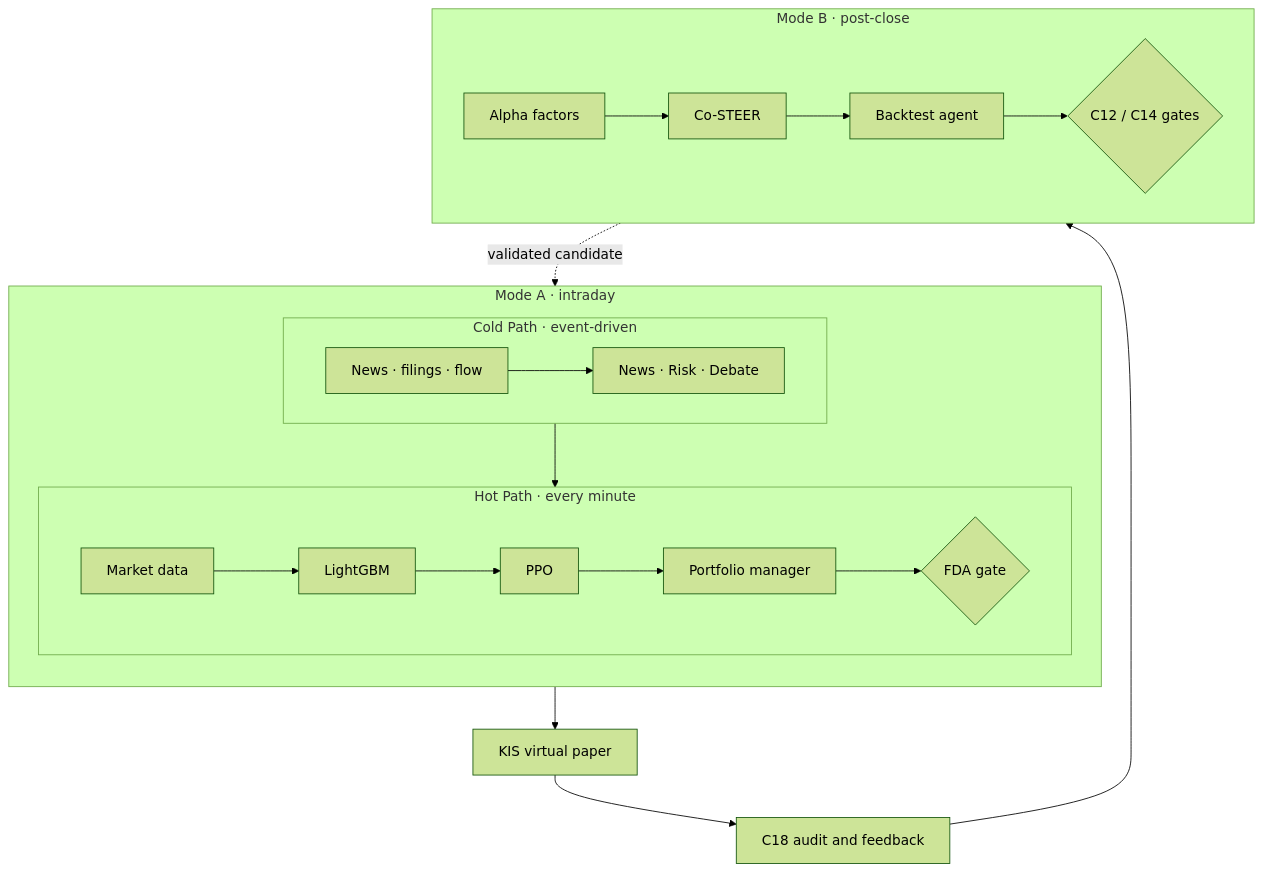
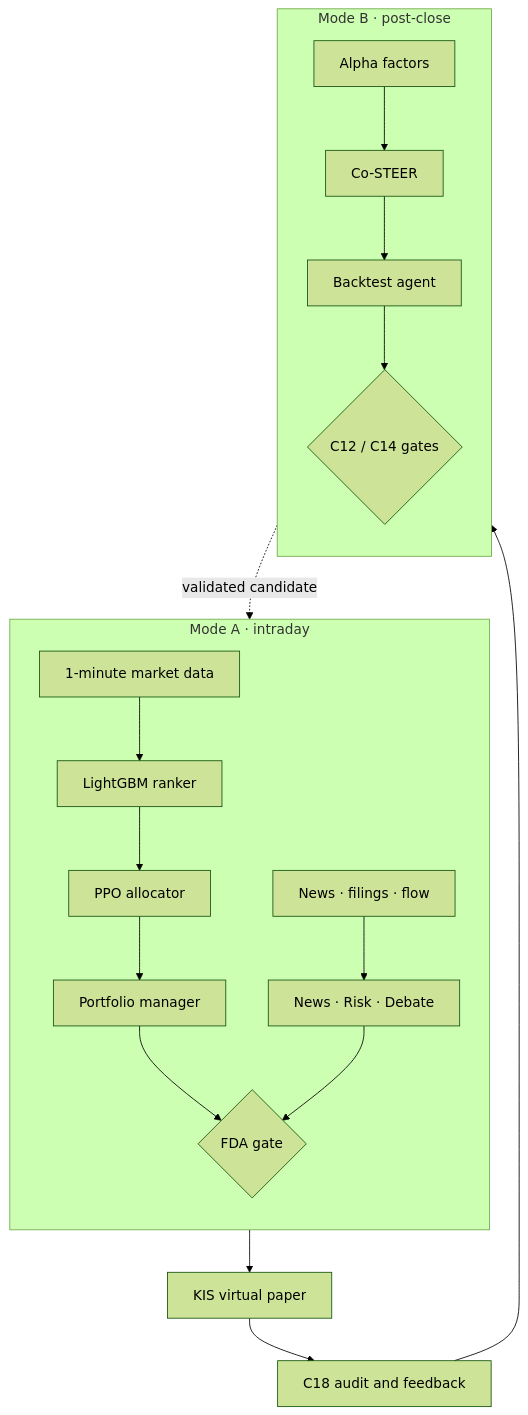
One commit to Jang1J/Flephant changed the diagram in README.md. Above: the diagram before and after it, drawn with Mermaid (forest theme). The commit also changed other lines of this file, not shown here.

````diff
--- a/README.md
+++ b/README.md
@@ -33,24 +35,20 @@
 ```mermaid
 flowchart TB
     subgraph ModeA["Mode A · intraday"]
         direction TB
-        subgraph Hot["Hot Path · every minute"]
-            direction LR
-            Market["Market data"] --> Ranker["LightGBM"] --> PPO["PPO"] --> PM["Portfolio manager"] --> FDA{"FDA gate"}
-        end
-        subgraph ColdPath["Cold Path · event-driven"]
-            direction LR
-            Events["News · filings · flow"] --> Cold["News · Risk · Debate"] --> FDA
-        end
+        Market["1-minute market data"] --> Ranker["LightGBM ranker"]
+        Ranker --> PPO["PPO allocator"] --> PM["Portfolio manager"] --> FDA{"FDA gate"}
+        Events["News · filings · flow"] --> Cold["News · Risk · Debate"] --> FDA
     end
 
     FDA --> Paper["KIS virtual paper"] --> Audit["C18 audit and feedback"]
 
     subgraph ModeB["Mode B · post-close"]
-        direction LR
-        Factors["Alpha factors"] --> CoSTEER["Co-STEER"] --> Backtest["Backtest agent"] --> Gate{"C12 / C14 gates"}
+        direction TB
+        Factors["Alpha factors"] --> CoSTEER["Co-STEER"]
+        CoSTEER --> Backtest["Backtest agent"] --> Gate{"C12 / C14 gates"}
     end
 
     Audit --> Factors
     Gate -. "validated candidate" .-> Ranker
 ```
````
